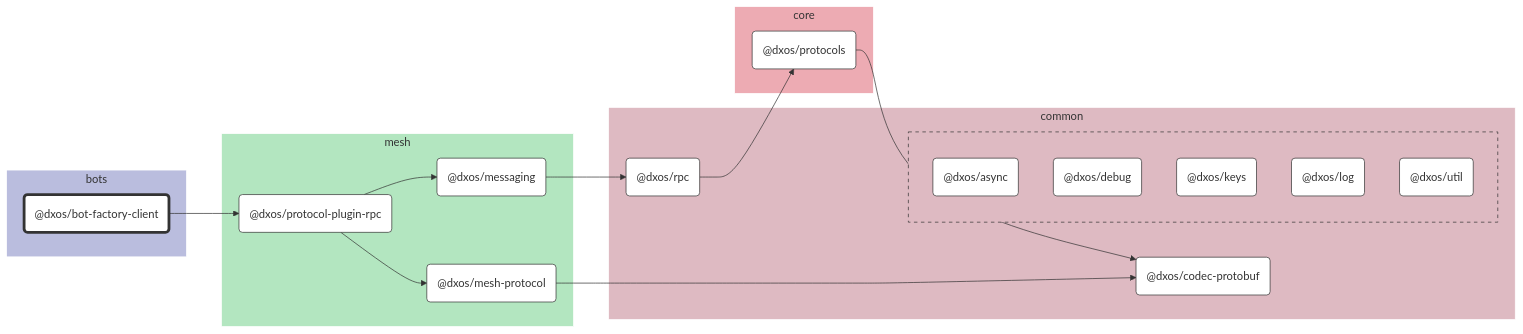
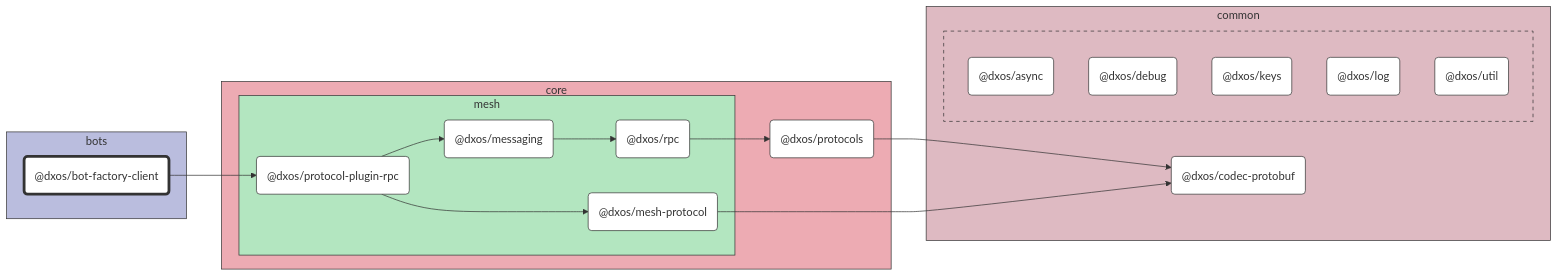
The diagram in packages/bots/bot-factory-client/docs/README.md (dxos/dxos), drawn with Mermaid before and after one commit. The commit also changed other lines of this file and 89 other files, not shown here.

````diff
--- a/packages/bots/bot-factory-client/docs/README.md
+++ b/packages/bots/bot-factory-client/docs/README.md
@@ -7,65 +7,65 @@
 ```mermaid
 %%{ init: {'flowchart':{'curve':'basis'}} }%%
 
 flowchart LR
 
 %% Classes
 classDef def fill:#fff,stroke:#333,stroke-width:1px
 classDef root fill:#fff,stroke:#333,stroke-width:4px
 
 %% Nodes
 
 subgraph bots [bots]
-  style bots fill:#babdde,stroke:#fff
+  style bots fill:#babdde,stroke:#333
   dxos/bot-factory-client("@dxos/bot-factory-client"):::root
   click dxos/bot-factory-client "dxos/dxos/tree/main/packages/bots/bot-factory-client/docs"
 end
 
 subgraph common [common]
-  style common fill:#debac2,stroke:#fff
+  style common fill:#debac2,stroke:#333
   dxos/codec-protobuf("@dxos/codec-protobuf"):::def
   click dxos/codec-protobuf "dxos/dxos/tree/main/packages/common/codec-protobuf/docs"
-  dxos/rpc("@dxos/rpc"):::def
-  click dxos/rpc "dxos/dxos/tree/main/packages/core/mesh/rpc/docs"
 
-  subgraph common-excluded [ ]
-    style common-excluded fill:#debac2,stroke:#333,stroke-dasharray:5 5
+  subgraph _ [ ]
+    style _ fill:#debac2,stroke:#333,stroke-dasharray:5 5
     dxos/async("@dxos/async"):::def
     click dxos/async "dxos/dxos/tree/main/packages/common/async/docs"
     dxos/debug("@dxos/debug"):::def
     click dxos/debug "dxos/dxos/tree/main/packages/common/debug/docs"
     dxos/keys("@dxos/keys"):::def
     click dxos/keys "dxos/dxos/tree/main/packages/common/keys/docs"
     dxos/log("@dxos/log"):::def
     click dxos/log "dxos/dxos/tree/main/packages/common/log/docs"
     dxos/util("@dxos/util"):::def
     click dxos/util "dxos/dxos/tree/main/packages/common/util/docs"
   end
 end
 
-subgraph mesh [mesh]
-  style mesh fill:#b3e6c0,stroke:#fff
-  dxos/protocol-plugin-rpc("@dxos/protocol-plugin-rpc"):::def
-  click dxos/protocol-plugin-rpc "dxos/dxos/tree/main/packages/core/mesh/protocol-plugin-rpc/docs"
-  dxos/messaging("@dxos/messaging"):::def
-  click dxos/messaging "dxos/dxos/tree/main/packages/core/mesh/messaging/docs"
-  dxos/mesh-protocol("@dxos/mesh-protocol"):::def
-  click dxos/mesh-protocol "dxos/dxos/tree/main/packages/core/mesh/mesh-protocol/docs"
-end
-
 subgraph core [core]
-  style core fill:#edabb3,stroke:#fff
+  style core fill:#edabb3,stroke:#333
   dxos/protocols("@dxos/protocols"):::def
   click dxos/protocols "dxos/dxos/tree/main/packages/core/protocols/docs"
+
+  subgraph mesh [mesh]
+    style mesh fill:#b3e6c0,stroke:#333
+    dxos/protocol-plugin-rpc("@dxos/protocol-plugin-rpc"):::def
+    click dxos/protocol-plugin-rpc "dxos/dxos/tree/main/packages/core/mesh/protocol-plugin-rpc/docs"
+    dxos/messaging("@dxos/messaging"):::def
+    click dxos/messaging "dxos/dxos/tree/main/packages/core/mesh/messaging/docs"
+    dxos/rpc("@dxos/rpc"):::def
+    click dxos/rpc "dxos/dxos/tree/main/packages/core/mesh/rpc/docs"
+    dxos/mesh-protocol("@dxos/mesh-protocol"):::def
+    click dxos/mesh-protocol "dxos/dxos/tree/main/packages/core/mesh/mesh-protocol/docs"
+  end
 end
 
 %% Links
 linkStyle default stroke:#333,stroke-width:1px
 dxos/bot-factory-client --> dxos/protocol-plugin-rpc
 dxos/protocol-plugin-rpc --> dxos/messaging
 dxos/protocols --> dxos/codec-protobuf
 dxos/messaging --> dxos/rpc
 dxos/rpc --> dxos/protocols
 dxos/protocol-plugin-rpc --> dxos/mesh-protocol
 dxos/mesh-protocol --> dxos/codec-protobuf
 ```
````
